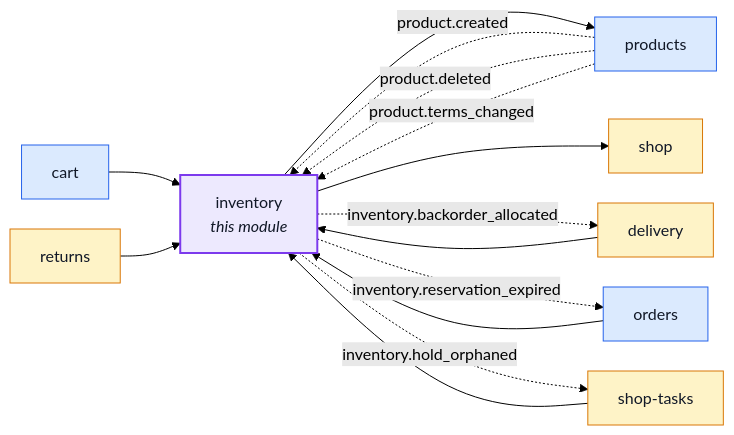
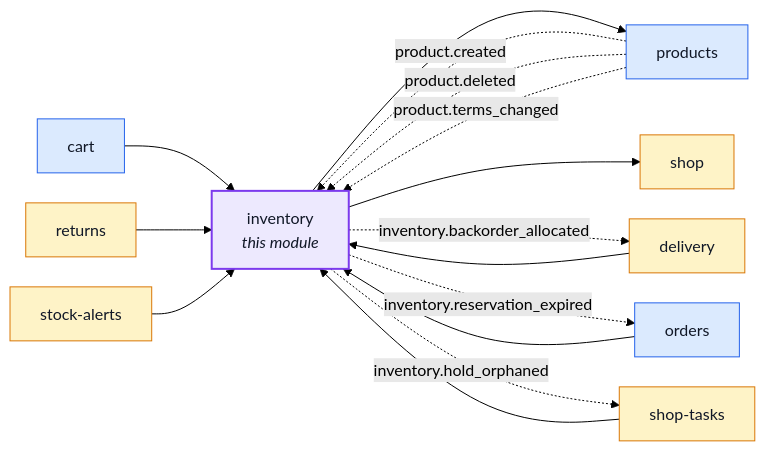
The first of 3 diagrams in docs/modules/inventory.md (Guebbit/boilerplate-node-backend), drawn with Mermaid (forest theme) before and after one commit. The commit also changed other lines of this file and 97 other files, not shown here.

First line of the commit message:
refactor(products): drop the stock copy; stock-alerts asks inventory on a 5-minute sweep

````diff
--- a/docs/modules/inventory.md
+++ b/docs/modules/inventory.md
@@ -26,34 +25,36 @@
 ```mermaid
 %%{init: {'flowchart': {'nodeSpacing': 30, 'rankSpacing': 60}}}%%
 flowchart LR
     inventory["inventory<br/><i>this module</i>"]
     cart["cart"]
     delivery["delivery"]
     orders["orders"]
     products["products"]
     returns["returns"]
     shop["shop"]
     shop_tasks["shop-tasks"]
+    stock_alerts["stock-alerts"]
 
     cart --> inventory
     delivery --> inventory
     orders --> inventory
     returns --> inventory
     shop_tasks --> inventory
+    stock_alerts --> inventory
     inventory --> products
     inventory --> shop
     products -. "product.created" .-> inventory
     products -. "product.deleted" .-> inventory
     products -. "product.terms_changed" .-> inventory
     inventory -. "inventory.backorder_allocated" .-> delivery
     inventory -. "inventory.reservation_expired" .-> orders
     inventory -. "inventory.hold_orphaned" .-> shop_tasks
 
     classDef core fill:#dbeafe,stroke:#2563eb,color:#111827;
     classDef supporting fill:#fef3c7,stroke:#d97706,color:#111827;
     classDef generic fill:#dcfce7,stroke:#16a34a,color:#111827;
     classDef centre fill:#ede9fe,stroke:#7c3aed,stroke-width:2px,color:#111827;
     class cart,orders,products core;
-    class delivery,returns,shop,shop_tasks supporting;
+    class delivery,returns,shop,shop_tasks,stock_alerts supporting;
     class inventory centre;
 ```
````
